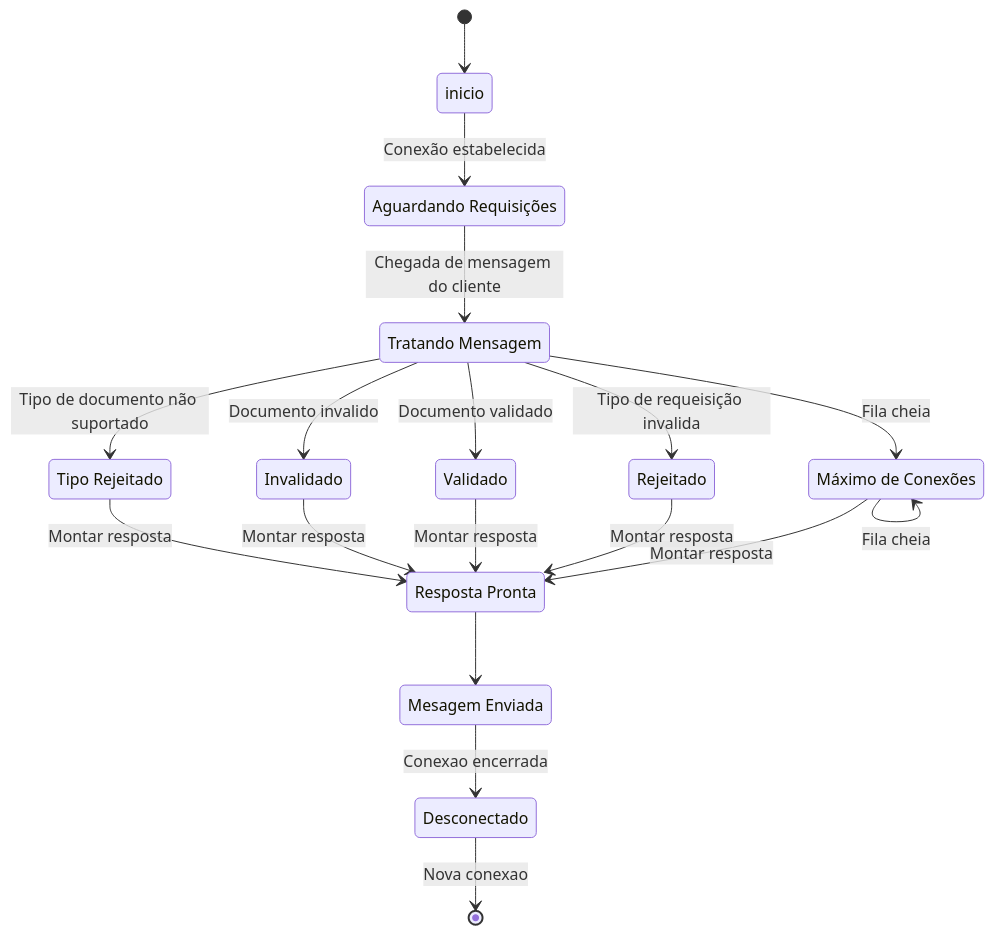
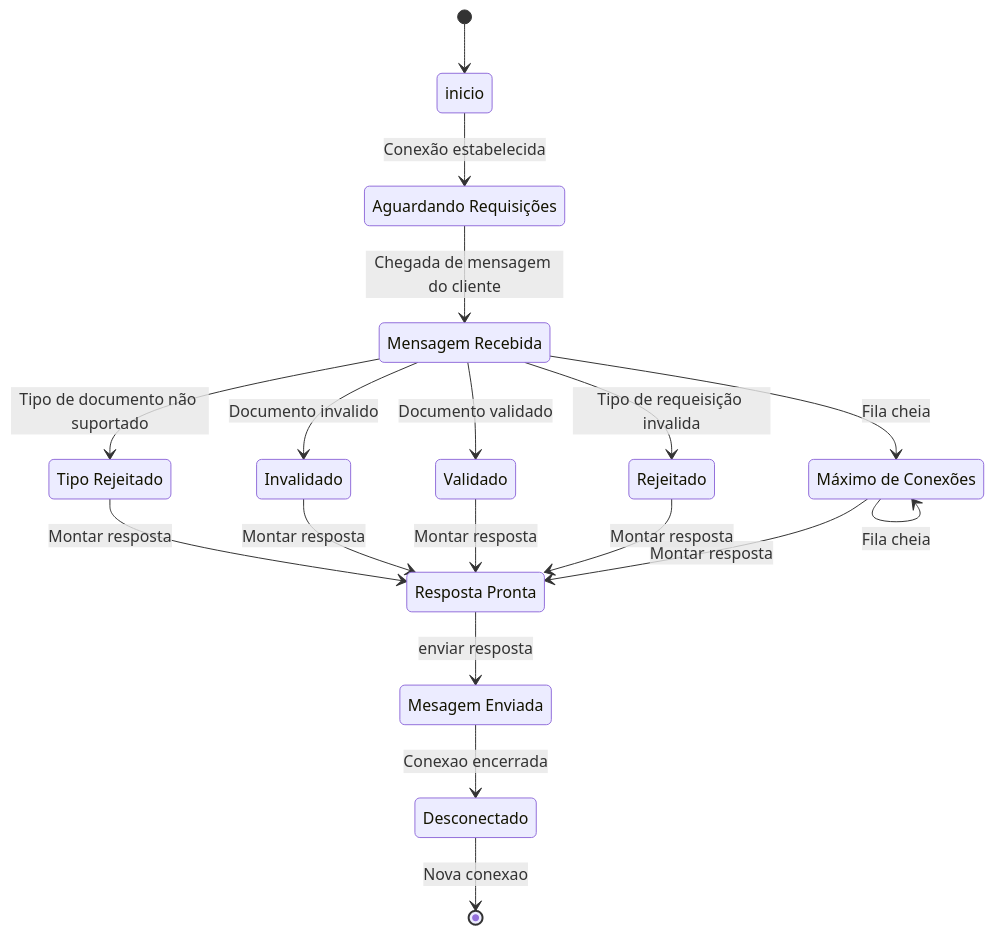
One commit to Dankotchev/Sistemas-Distribuidos changed the diagram in SIDC6 - 02 Implementação de Protocolo/README.md. Above: the diagram before and after it, drawn with Mermaid. The commit also changed other lines of this file, not shown here.

````diff
--- a/SIDC6 - 02 Implementação de Protocolo/README.md
+++ b/SIDC6 - 02 Implementação de Protocolo/README.md
@@ -95,35 +95,35 @@
 ```mermaid
 stateDiagram-v2
 [*] --> inicio
 inicio --> aguardando: Conexão estabelecida
-aguardando --> tratamento: Chegada de mensagem do cliente
+aguardando --> recebido: Chegada de mensagem do cliente
 
-tratamento --> rejeicao: Tipo de requeisição invalida
-tratamento --> valido: Documento validado
-tratamento --> invalido: Documento invalido
-tratamento --> tipo_invalido: Tipo de documento não suportado
+recebido --> rejeicao: Tipo de requeisição invalida
+recebido --> valido: Documento validado
+recebido --> invalido: Documento invalido
+recebido --> tipo_invalido: Tipo de documento não suportado
 
-tratamento --> max_conexao: Fila cheia
+recebido --> max_conexao: Fila cheia
 max_conexao --> max_conexao: Fila cheia
 
 max_conexao --> montagem: Montar resposta
 rejeicao --> montagem: Montar resposta
 valido --> montagem: Montar resposta
 invalido --> montagem: Montar resposta
 tipo_invalido --> montagem: Montar resposta
 
-montagem --> enviar
+montagem --> enviar: enviar resposta
 enviar --> desconexao: Conexao encerrada
 desconexao --> [*]: Nova conexao
 
 aguardando: Aguardando Requisições
-tratamento: Tratando Mensagem
+recebido: Mensagem Recebida
 valido: Validado
 invalido: Invalidado
 rejeicao: Rejeitado
 tipo_invalido: Tipo Rejeitado
 max_conexao: Máximo de Conexões
 montagem: Resposta Pronta
 enviar: Mesagem Enviada
 desconexao: Desconectado
 ```
````
